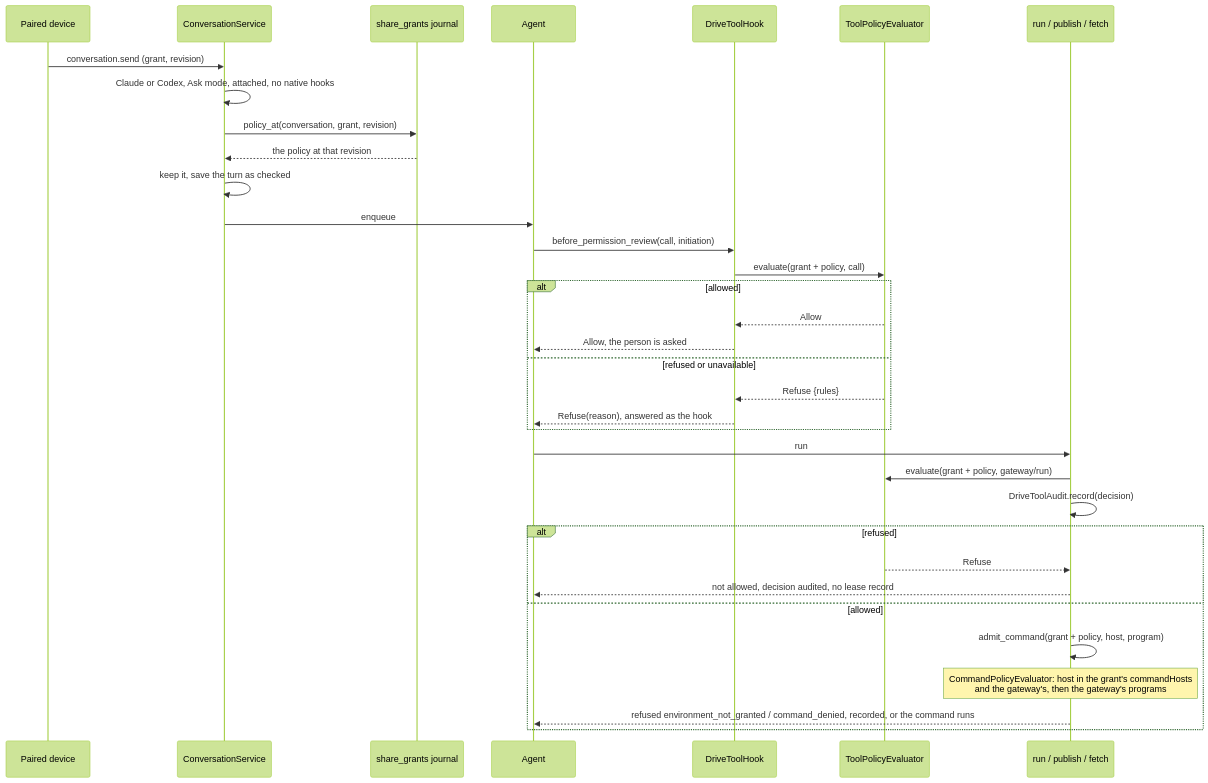
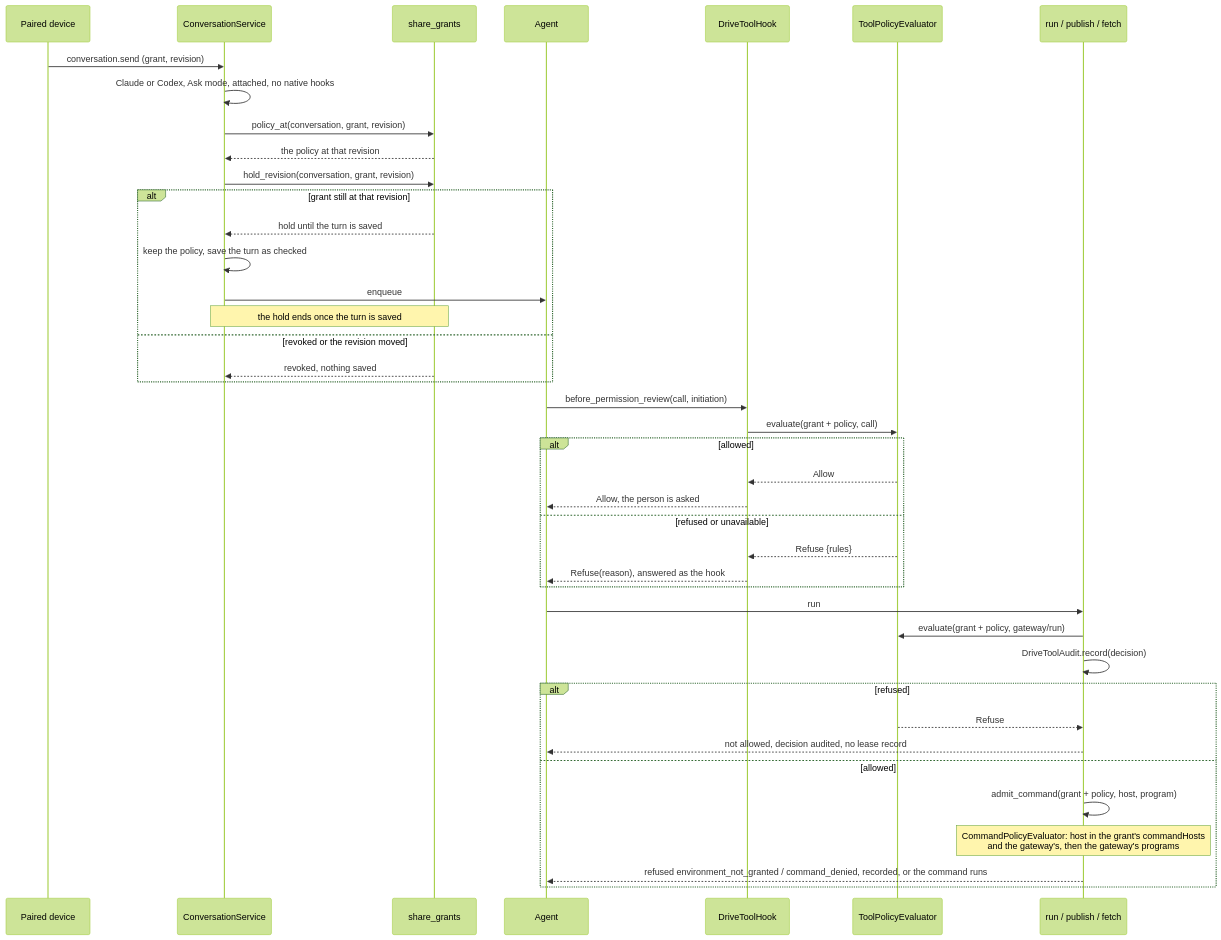
Before and after one commit to nessalabs/nessa-agent: the third of 6 diagrams in docs/design/read-grants.md, drawn with Mermaid (forest theme). The commit also changed other lines of this file and 20 other files, not shown here.

First line of the commit message:
Refuse a Drive turn when its grant is revoked before the turn is saved.

````diff
--- a/docs/design/read-grants.md
+++ b/docs/design/read-grants.md
@@ -333,36 +345,43 @@
 ```mermaid
 sequenceDiagram
     participant Device as Paired device
     participant Service as ConversationService
-    participant Grants as share_grants journal
+    participant Grants as share_grants
     participant Agent
     participant Hook as DriveToolHook
     participant Cedar as ToolPolicyEvaluator
     participant Gateway as run / publish / fetch
     Device->>Service: conversation.send (grant, revision)
     Service->>Service: Claude or Codex, Ask mode, attached, no native hooks
     Service->>Grants: policy_at(conversation, grant, revision)
     Grants-->>Service: the policy at that revision
-    Service->>Service: keep it, save the turn as checked
-    Service->>Agent: enqueue
+    Service->>Grants: hold_revision(conversation, grant, revision)
+    alt grant still at that revision
+        Grants-->>Service: hold until the turn is saved
+        Service->>Service: keep the policy, save the turn as checked
+        Service->>Agent: enqueue
+        Note over Service,Grants: the hold ends once the turn is saved
+    else revoked or the revision moved
+        Grants-->>Service: revoked, nothing saved
+    end
     Agent->>Hook: before_permission_review(call, initiation)
     Hook->>Cedar: evaluate(grant + policy, call)
     alt allowed
         Cedar-->>Hook: Allow
         Hook-->>Agent: Allow, the person is asked
     else refused or unavailable
         Cedar-->>Hook: Refuse {rules}
         Hook-->>Agent: Refuse(reason), answered as the hook
     end
     Agent->>Gateway: run
     Gateway->>Cedar: evaluate(grant + policy, gateway/run)
     Gateway->>Gateway: DriveToolAudit.record(decision)
     alt refused
         Cedar-->>Gateway: Refuse
         Gateway-->>Agent: not allowed, decision audited, no lease record
     else allowed
         Gateway->>Gateway: admit_command(grant + policy, host, program)
         Note over Gateway: CommandPolicyEvaluator: host in the grant's commandHosts<br/>and the gateway's, then the gateway's programs
         Gateway-->>Agent: refused environment_not_granted / command_denied, recorded, or the command runs
     end
 ```
````
